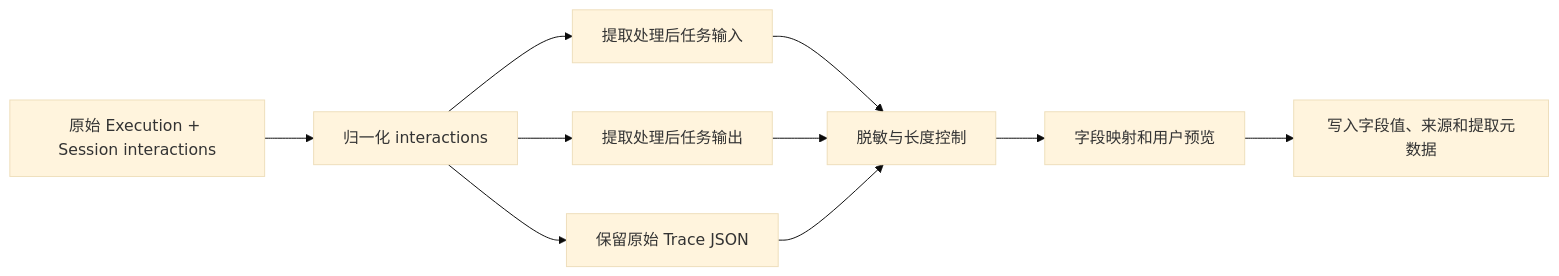
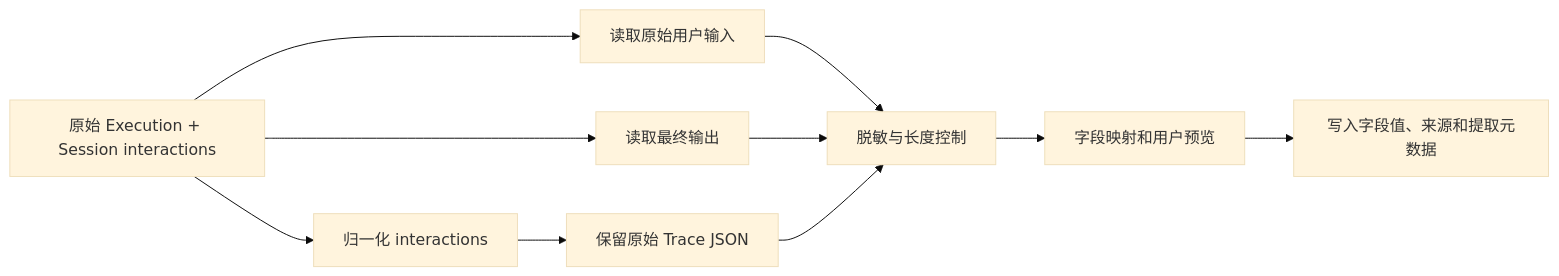
One commit to openeuler-mirror/agent-insight changed the diagram in docs/design/trace-to-dataset-backflow/phase1-3-design.md. Above: the diagram before and after it, drawn with Mermaid (base theme). The commit also changed other lines of this file and 13 other files, not shown here.

````diff
--- a/docs/design/trace-to-dataset-backflow/phase1-3-design.md
+++ b/docs/design/trace-to-dataset-backflow/phase1-3-design.md
@@ -305,12 +298,12 @@
 ```mermaid
 flowchart LR
   A[原始 Execution + Session interactions] --> B[归一化 interactions]
-  B --> C[提取处理后任务输入]
-  B --> D[提取处理后任务输出]
+  A --> C[读取原始用户输入]
+  A --> D[读取最终输出]
   B --> E[保留原始 Trace JSON]
   C --> F[脱敏与长度控制]
   D --> F
   E --> F
   F --> G[字段映射和用户预览]
   G --> H[写入字段值、来源和提取元数据]
 ```
````
